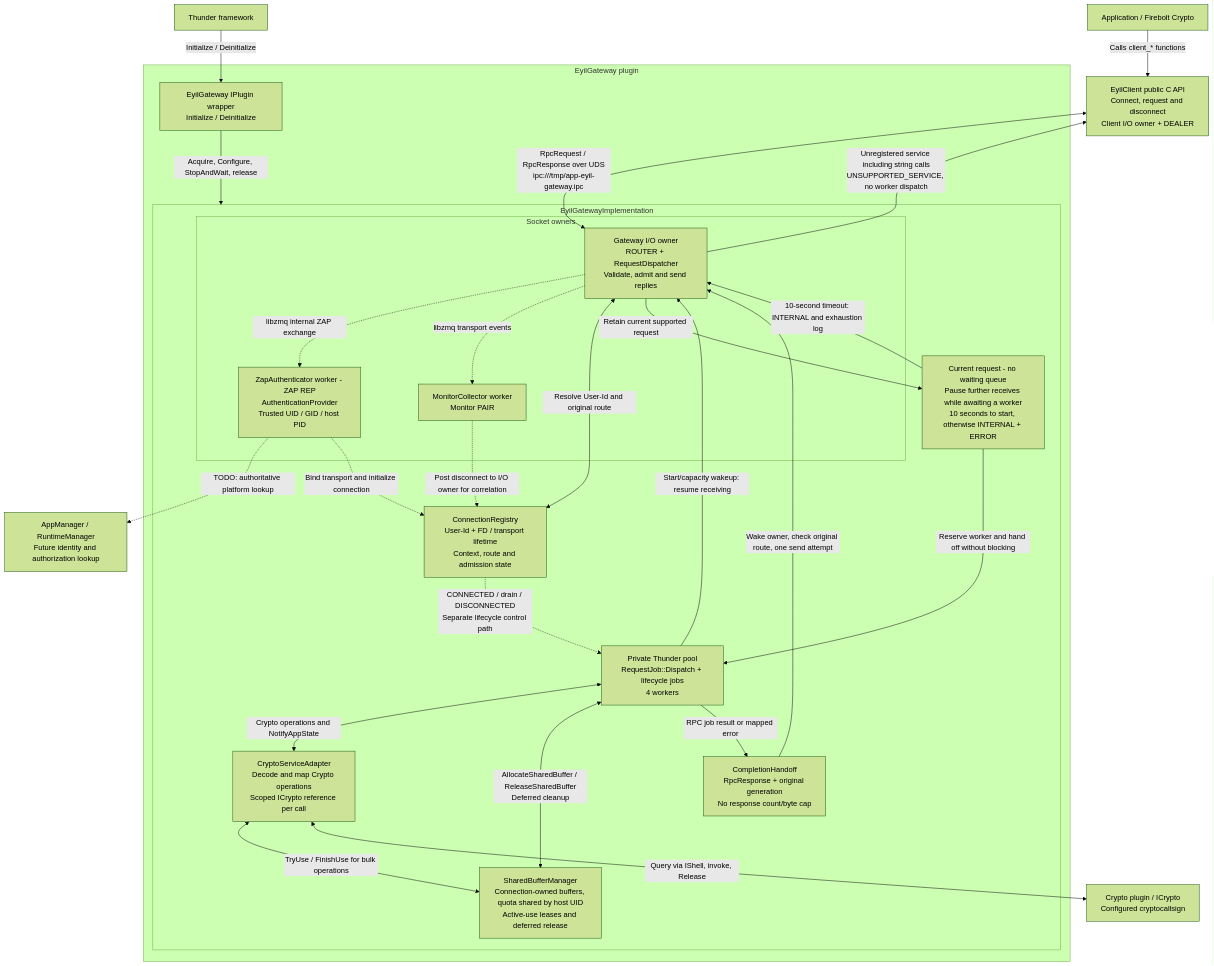
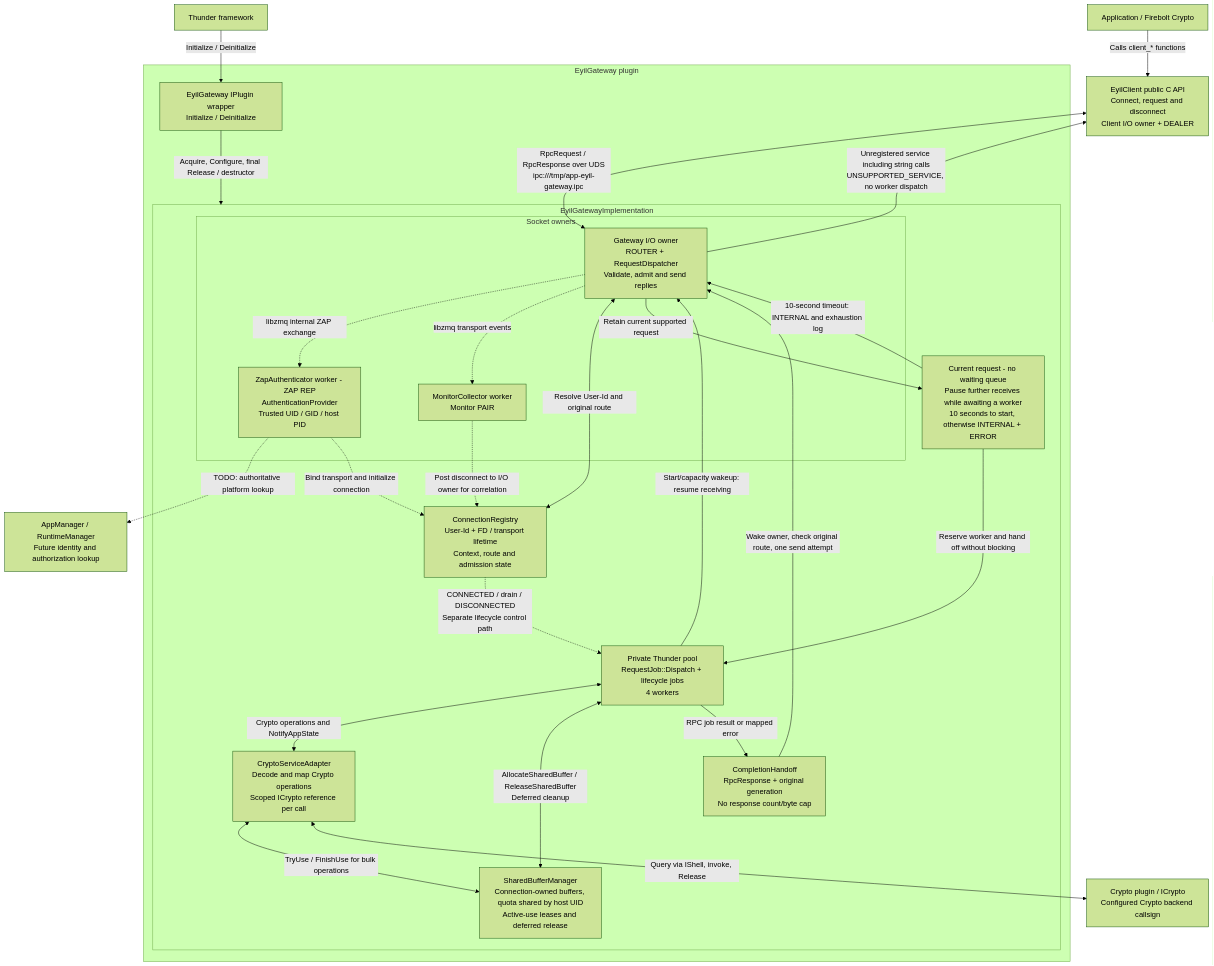
One commit to rdkcentral/eyil-secure-gateway changed the first of 19 diagrams in doc/EyilGateway.md. Above: the diagram before and after it, drawn with Mermaid (forest theme). The commit also changed other lines of this file and 61 other files, not shown here.

````diff
--- a/doc/EyilGateway.md
+++ b/doc/EyilGateway.md
@@ -94,49 +94,49 @@
 ```mermaid
 flowchart TB
     APP["Application / Firebolt Crypto"]
     CLIENT["EyilClient public C API<br/>Connect, request and disconnect<br/>Client I/O owner + DEALER"]
     TH["Thunder framework"]
     subgraph GW["EyilGateway plugin"]
         WR["EyilGateway IPlugin wrapper<br/>Initialize / Deinitialize"]
         subgraph RT["EyilGatewayImplementation"]
             subgraph TRANSPORT["Socket owners"]
                 IO["Gateway I/O owner<br/>ROUTER + RequestDispatcher<br/>Validate, admit and send replies"]
                 ZAP["ZapAuthenticator worker - ZAP REP<br/>AuthenticationProvider<br/>Trusted UID / GID / host PID"]
                 MON["MonitorCollector worker<br/>Monitor PAIR"]
             end
             REG["ConnectionRegistry<br/>User-Id + FD / transport lifetime<br/>Context, route and admission state"]
             CURRENT["Current request - no waiting queue<br/>Pause further receives while awaiting a worker<br/>10 seconds to start, otherwise INTERNAL + ERROR"]
             POOL["Private Thunder pool<br/>RequestJob::Dispatch + lifecycle jobs<br/>4 workers"]
             AD["CryptoServiceAdapter<br/>Decode and map Crypto operations<br/>Scoped ICrypto reference per call"]
             BUF["SharedBufferManager<br/>Connection-owned buffers, quota shared by host UID<br/>Active-use leases and deferred release"]
             OUT["CompletionHandoff<br/>RpcResponse + original generation<br/>No response count/byte cap"]
         end
     end
-    CRYPTO["Crypto plugin / ICrypto<br/>Configured cryptocallsign"]
+    CRYPTO["Crypto plugin / ICrypto<br/>Configured Crypto backend callsign"]
     PLATFORM["AppManager / RuntimeManager<br/>Future identity and authorization lookup"]
 
     APP -- "Calls client_* functions" --> CLIENT
     CLIENT <-->|"RpcRequest / RpcResponse over UDS<br/>ipc:///tmp/app-eyil-gateway.ipc"| IO
     TH -- "Initialize / Deinitialize" --> WR
-    WR -- "Acquire, Configure, StopAndWait, release" --> RT
+    WR -- "Acquire, Configure, final Release / destructor" --> RT
 
     IO -. "libzmq internal ZAP exchange" .-> ZAP
     IO -. "libzmq transport events" .-> MON
     ZAP -. "TODO: authoritative platform lookup" .-> PLATFORM
     ZAP -. "Bind transport and initialize connection" .-> REG
     MON -. "Post disconnect to I/O owner for correlation" .-> REG
     REG -. "CONNECTED / drain / DISCONNECTED<br/>Separate lifecycle control path" .-> POOL
 
     IO <-->|"Resolve User-Id and original route"| REG
     IO -- "Unregistered service including string calls<br/>UNSUPPORTED_SERVICE, no worker dispatch" --> CLIENT
     IO -- "Retain current supported request" --> CURRENT
     CURRENT -- "Reserve worker and hand off without blocking" --> POOL
     POOL -- "Start/capacity wakeup: resume receiving" --> IO
     CURRENT -- "10-second timeout: INTERNAL and exhaustion log" --> IO
     POOL <-->|"Crypto operations and NotifyAppState"| AD
     POOL <-->|"AllocateSharedBuffer / ReleaseSharedBuffer<br/>Deferred cleanup"| BUF
     AD <-->|"TryUse / FinishUse for bulk operations"| BUF
     AD <-->|"Query via IShell, invoke, Release"| CRYPTO
     POOL -- "RPC job result or mapped error" --> OUT
     OUT -- "Wake owner, check original route, one send attempt" --> IO
 ```
````
